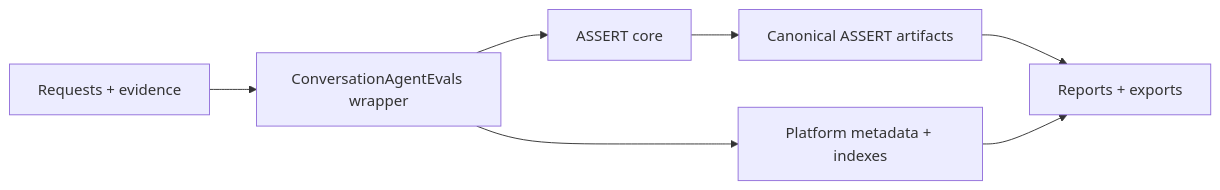
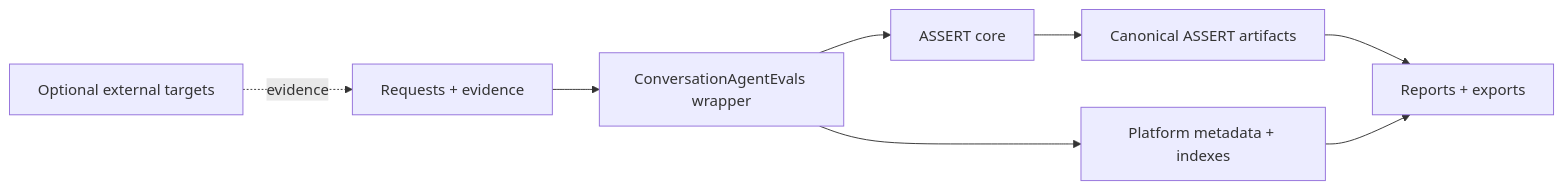
The diagram in README.md (agonza1/ConversationAgentEvals), drawn with Mermaid before and after one commit. The commit also changed other lines of this file, not shown here.

Commit message:
Clarify standalone product and optional targets

````diff
--- a/README.md
+++ b/README.md
@@ -55,9 +63,10 @@
 ```mermaid
 flowchart LR
   Inputs["Requests + evidence"] --> Platform["ConversationAgentEvals wrapper"]
   Platform --> Core["ASSERT core"]
   Core --> Artifacts["Canonical ASSERT artifacts"]
   Platform --> Metadata["Platform metadata + indexes"]
   Artifacts --> Reports["Reports + exports"]
   Metadata --> Reports
+  OptionalTargets["Optional external targets"] -. evidence .-> Inputs
 ```
````
